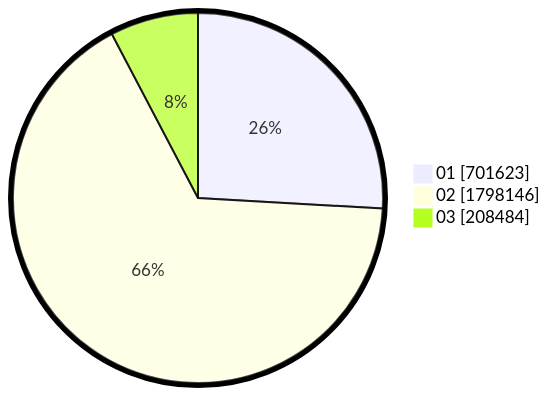
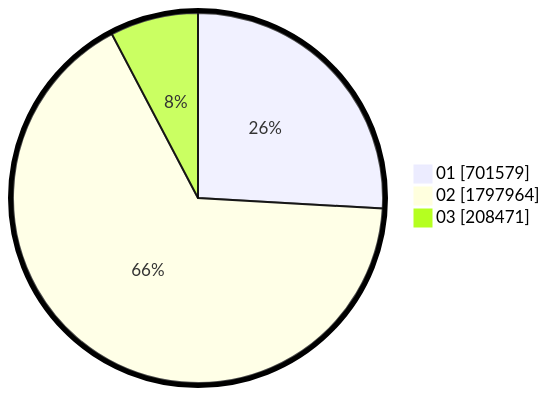
Before and after one commit to gigit-pemilu/pemilu-2024: the second of 2 diagrams in pilpres/hitung-suara/sub/table-wilayah-52.md, drawn with Mermaid. The commit also changed other lines of this file and 7 other files, not shown here.

````diff
--- a/pilpres/hitung-suara/sub/table-wilayah-52.md
+++ b/pilpres/hitung-suara/sub/table-wilayah-52.md
@@ -15,7 +15,7 @@
 ```mermaid
 %%{init: {"pie": {"textPosition": 0.5}, "themeVariables": {"pieOuterStrokeWidth": "5px"}} }%%
 pie showData
-    "01" : 701623
-    "02" : 1798146
-    "03" : 208484
+    "01" : 701579
+    "02" : 1797964
+    "03" : 208471
 ```
````
